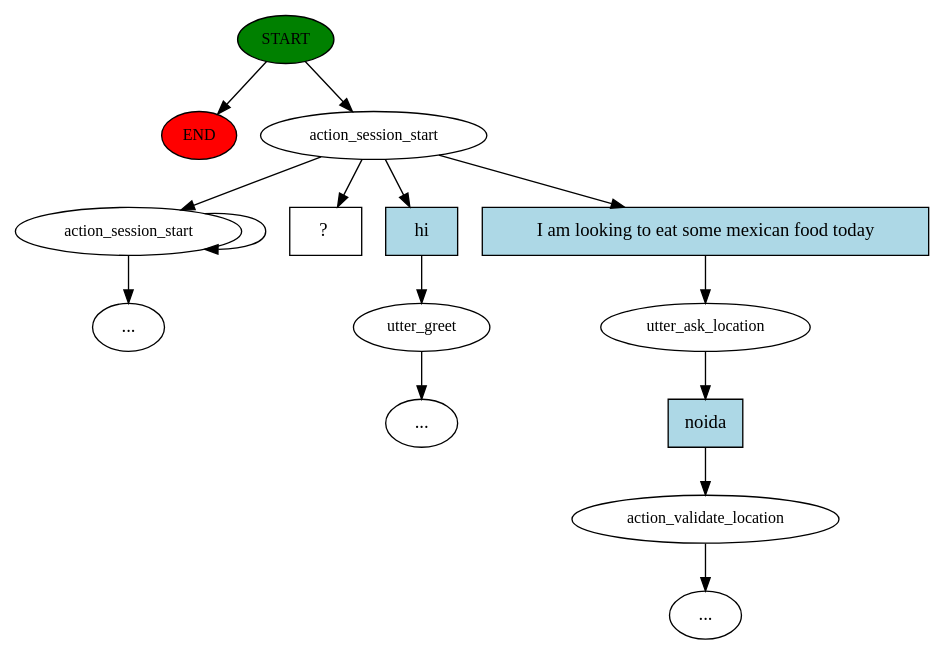
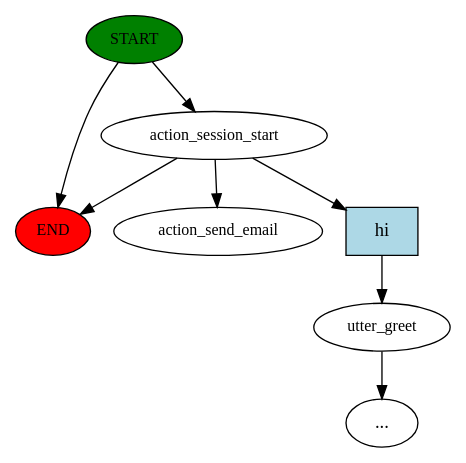
Before and after one commit to akishore81/RasaChatBot: the diagram in story_graph.dot, drawn with Graphviz. The commit also changed 5 other files, not shown here.

```diff
--- a/story_graph.dot
+++ b/story_graph.dot
@@ -1,30 +1,16 @@
 digraph  {
 0 [class="start active", fillcolor=green, fontsize=12, label=START, style=filled];
 "-1" [class=end, fillcolor=red, fontsize=12, label=END, style=filled];
 1 [class=active, fontsize=12, label=action_session_start];
 2 [class="", fontsize=12, label=utter_greet];
 "-3" [class=ellipsis, label="..."];
-4 [class="", fontsize=12, label=utter_ask_location];
-5 [class="", fontsize=12, label=action_validate_location];
-"-4" [class=ellipsis, label="..."];
-7 [class="", fontsize=12, label=action_session_start];
-"-5" [class=ellipsis, label="..."];
-10 [class="intent dashed active", label="  ?  ", shape=rect];
-11 [class=intent, fillcolor=lightblue, label=hi, shape=rect, style=filled];
-12 [class=intent, fillcolor=lightblue, label="I am looking to eat some mexican food today", shape=rect, style=filled];
-13 [class=intent, fillcolor=lightblue, label=noida, shape=rect, style=filled];
+5 [class="dashed active", fontsize=12, label=action_send_email];
+6 [class=intent, fillcolor=lightblue, label=hi, shape=rect, style=filled];
 0 -> "-1"  [class="", key=NONE, label=""];
 0 -> 1  [class=active, key=NONE, label=""];
-1 -> 7  [class="", key=NONE, label=""];
-1 -> 10  [class=active, key=NONE, label=""];
-1 -> 11  [class="", key=0];
-1 -> 12  [class="", key=0];
+1 -> "-1"  [class="", key=NONE, label=""];
+1 -> 5  [class=active, key=NONE, label=""];
+1 -> 6  [class="", key=0];
 2 -> "-3"  [class="", key=NONE, label=""];
-4 -> 13  [class="", key=0];
-5 -> "-4"  [class="", key=NONE, label=""];
-7 -> "-5"  [class="", key=NONE, label=""];
-7 -> 7  [class="", key=NONE, label=""];
-11 -> 2  [class="", key=0];
-12 -> 4  [class="", key=0];
-13 -> 5  [class="", key=0];
+6 -> 2  [class="", key=0];
 }
```
